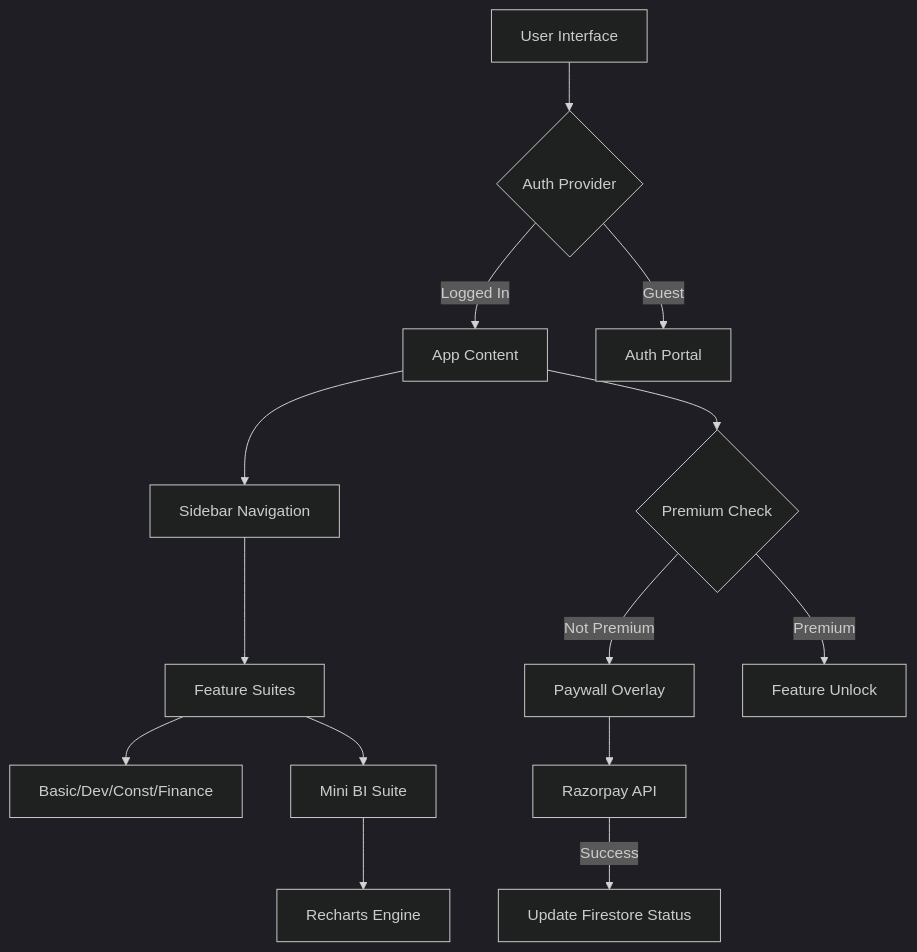
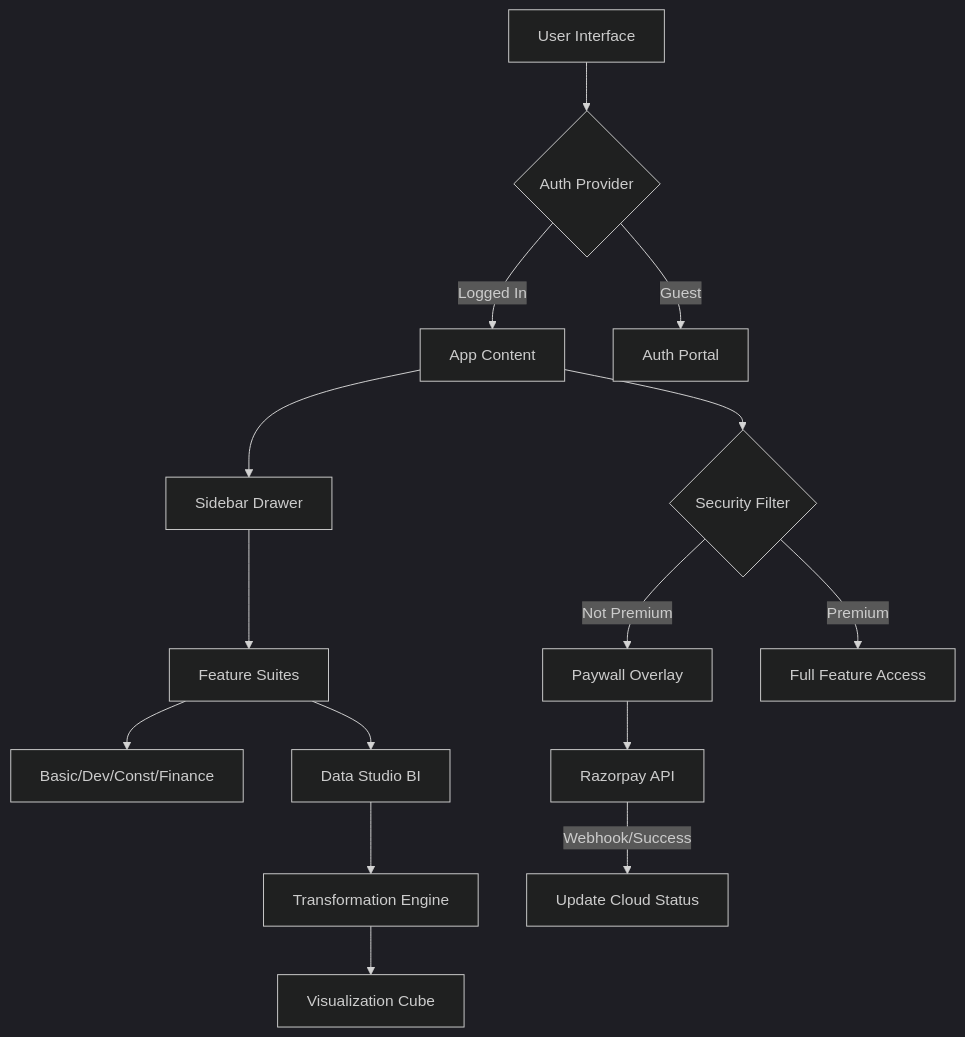
One commit to Mmaneesh007/calculator changed the diagram in README.md. Above: the diagram before and after it, drawn with Mermaid (dark theme). The commit also changed other lines of this file and 20 other files, not shown here.

````diff
--- a/README.md
+++ b/README.md
@@ -83,16 +85,17 @@
 ```mermaid
 graph TD
     A[User Interface] --> B{Auth Provider}
     B -- Logged In --> C[App Content]
     B -- Guest --> D[Auth Portal]
-    C --> E[Sidebar Navigation]
+    C --> E[Sidebar Drawer]
     E --> F[Feature Suites]
     F --> G[Basic/Dev/Const/Finance]
-    F --> H[Mini BI Suite]
-    H --> I[Recharts Engine]
-    C --> J{Premium Check}
-    J -- Not Premium --> K[Paywall Overlay]
-    J -- Premium --> L[Feature Unlock]
-    K --> M[Razorpay API]
-    M -- Success --> N[Update Firestore Status]
+    F --> H[Data Studio BI]
+    H --> I[Transformation Engine]
+    I --> J[Visualization Cube]
+    C --> K{Security Filter}
+    K -- Not Premium --> L[Paywall Overlay]
+    K -- Premium --> M[Full Feature Access]
+    L --> N[Razorpay API]
+    N -- Webhook/Success --> O[Update Cloud Status]
 ```
````
